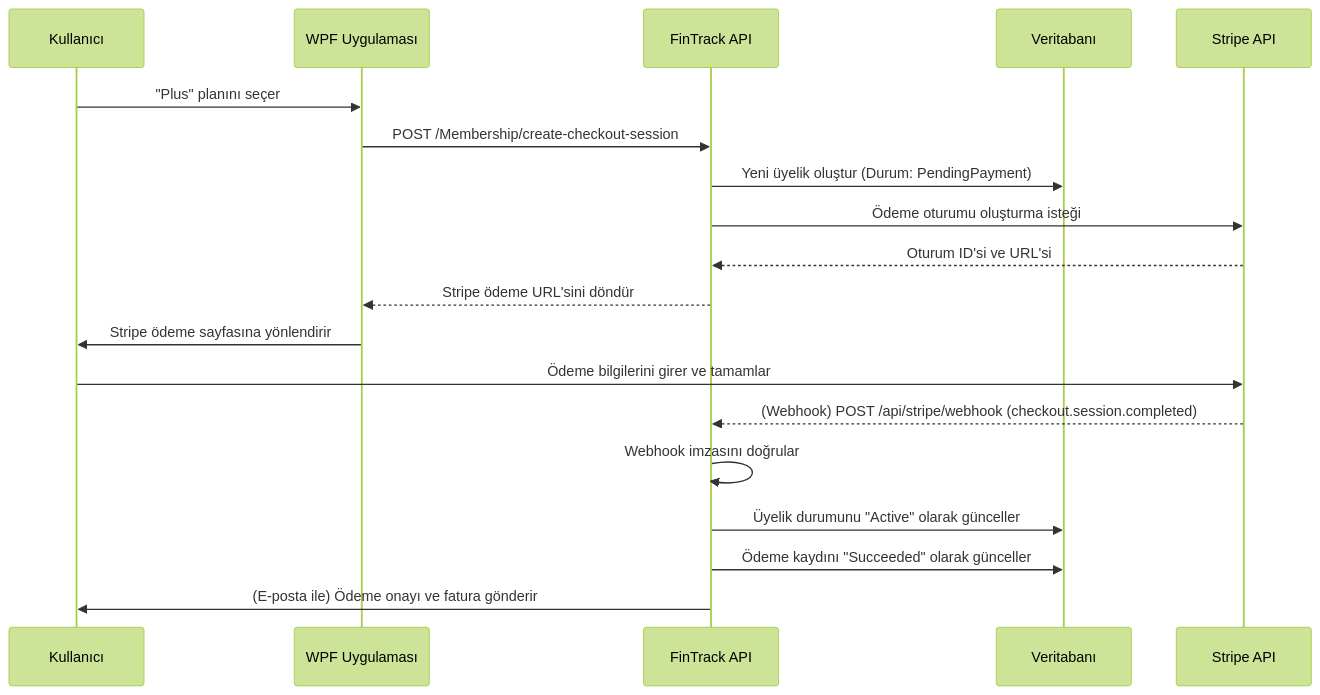
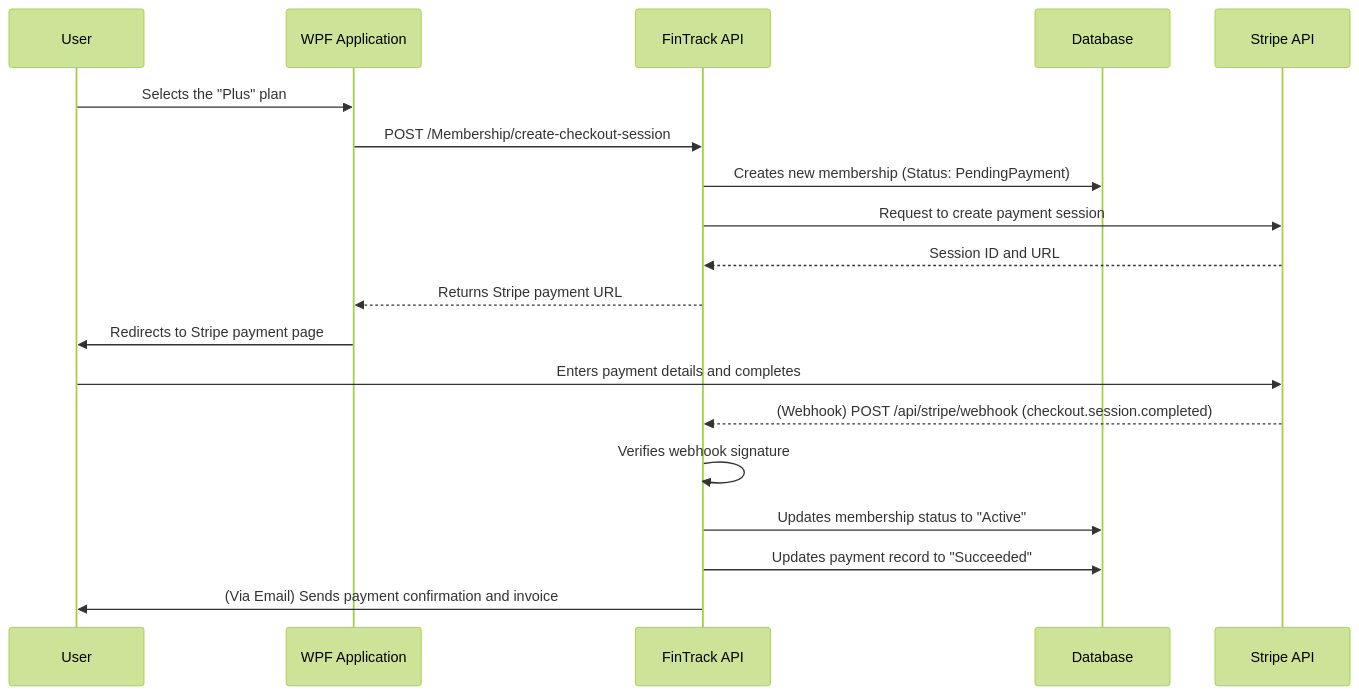
The fourth of 4 diagrams in docs/ARCHITECTURE.md (EnesEfeTokta/FinTrackWebApi), drawn with Mermaid (forest theme) before and after one commit. The commit also changed other lines of this file and 12 other files, not shown here.

First line of the commit message:
refactor: Refactor registration flow and update documentation

````diff
--- a/docs/ARCHITECTURE.md
+++ b/docs/ARCHITECTURE.md
@@ -190,24 +190,24 @@
 ```mermaid
 sequenceDiagram
-    participant User as Kullanıcı
-    participant ClientApp as WPF Uygulaması
+    participant User
+    participant ClientApp as WPF Application
     participant API as FinTrack API
-    participant DB as Veritabanı
+    participant DB as Database
     participant Stripe as Stripe API
 
-    User->>ClientApp: "Plus" planını seçer
+    User->>ClientApp: Selects the "Plus" plan
     ClientApp->>API: POST /Membership/create-checkout-session
-    API->>DB: Yeni üyelik oluştur (Durum: PendingPayment)
-    API->>Stripe: Ödeme oturumu oluşturma isteği
-    Stripe-->>API: Oturum ID'si ve URL'si
-    API-->>ClientApp: Stripe ödeme URL'sini döndür
+    API->>DB: Creates new membership (Status: PendingPayment)
+    API->>Stripe: Request to create payment session
+    Stripe-->>API: Session ID and URL
+    API-->>ClientApp: Returns Stripe payment URL
 
-    ClientApp->>User: Stripe ödeme sayfasına yönlendirir
-    User->>Stripe: Ödeme bilgilerini girer ve tamamlar
+    ClientApp->>User: Redirects to Stripe payment page
+    User->>Stripe: Enters payment details and completes
     
     Stripe-->>API: (Webhook) POST /api/stripe/webhook (checkout.session.completed)
-    API->>API: Webhook imzasını doğrular
-    API->>DB: Üyelik durumunu "Active" olarak günceller
-    API->>DB: Ödeme kaydını "Succeeded" olarak günceller
-    API->>User: (E-posta ile) Ödeme onayı ve fatura gönderir
+    API->>API: Verifies webhook signature
+    API->>DB: Updates membership status to "Active"
+    API->>DB: Updates payment record to "Succeeded"
+    API->>User: (Via Email) Sends payment confirmation and invoice
 ```
````
